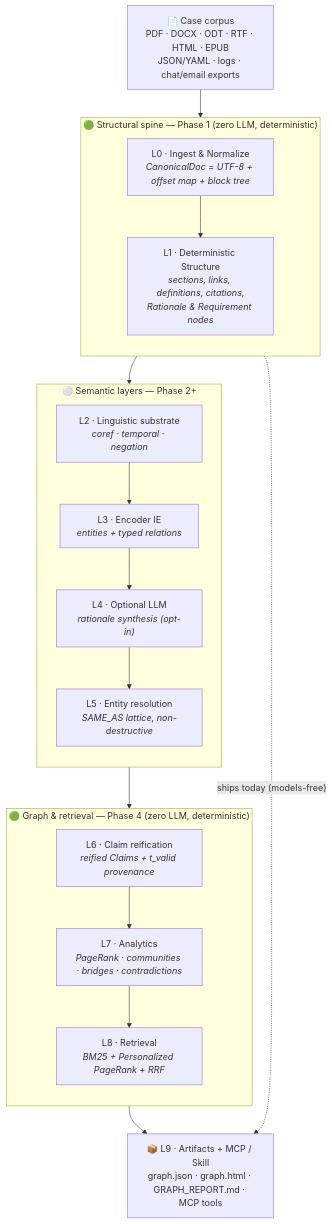
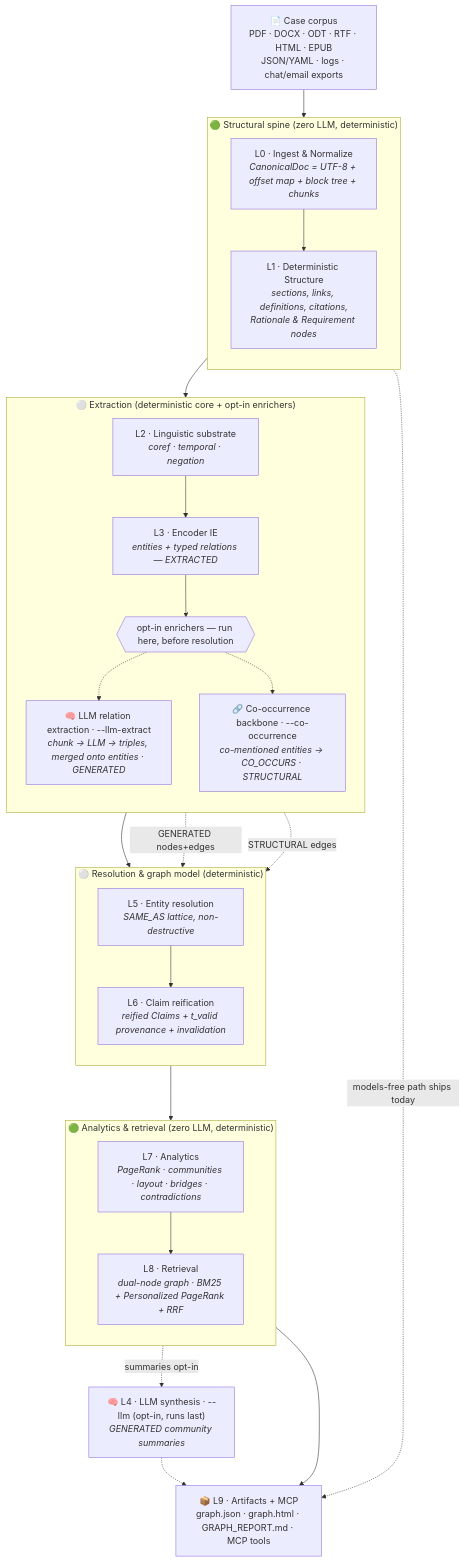
One commit to krishddd/Wiki_textgraph changed the first of 6 diagrams in README.md. Above: the diagram before and after it, drawn with Mermaid. The commit also changed other lines of this file and 5 other files, not shown here.

````diff
--- a/README.md
+++ b/README.md
@@ -176,36 +176,50 @@
 ```mermaid
 flowchart TD
     IN["📄 Case corpus<br/>PDF · DOCX · ODT · RTF · HTML · EPUB<br/>JSON/YAML · logs · chat/email exports"]
 
-    subgraph SPINE["🟢 Structural spine — Phase 1 (zero LLM, deterministic)"]
+    subgraph SPINE["🟢 Structural spine (zero LLM, deterministic)"]
         direction TB
-        L0["L0 · Ingest &amp; Normalize<br/><i>CanonicalDoc = UTF-8 + offset map + block tree</i>"]
+        L0["L0 · Ingest &amp; Normalize<br/><i>CanonicalDoc = UTF-8 + offset map + block tree + chunks</i>"]
         L1["L1 · Deterministic Structure<br/><i>sections, links, definitions, citations,<br/>Rationale &amp; Requirement nodes</i>"]
         L0 --> L1
     end
 
-    subgraph SEM["⚪ Semantic layers — Phase 2+"]
+    subgraph SEM["⚪ Extraction (deterministic core + opt-in enrichers)"]
         direction TB
         L2["L2 · Linguistic substrate<br/><i>coref · temporal · negation</i>"]
-        L3["L3 · Encoder IE<br/><i>entities + typed relations</i>"]
-        L4["L4 · Optional LLM<br/><i>rationale synthesis (opt-in)</i>"]
-        L5["L5 · Entity resolution<br/><i>SAME_AS lattice, non-destructive</i>"]
-        L2 --> L3 --> L4 --> L5
+        L3["L3 · Encoder IE<br/><i>entities + typed relations — EXTRACTED</i>"]
+        XT{{"opt-in enrichers — run here, before resolution"}}
+        XLLM["🧠 LLM relation extraction · --llm-extract<br/><i>chunk → LLM → triples, merged onto entities · GENERATED</i>"]
+        XCO["🔗 Co-occurrence backbone · --co-occurrence<br/><i>co-mentioned entities → CO_OCCURS · STRUCTURAL</i>"]
+        L2 --> L3 --> XT
+        XT -.-> XLLM
+        XT -.-> XCO
     end
 
-    subgraph RETR["🟢 Graph &amp; retrieval — Phase 4 (zero LLM, deterministic)"]
+    subgraph GRAPH["⚪ Resolution &amp; graph model (deterministic)"]
         direction TB
-        L6["L6 · Claim reification<br/><i>reified Claims + t_valid provenance</i>"]
-        L7["L7 · Analytics<br/><i>PageRank · communities · bridges · contradictions</i>"]
-        L8["L8 · Retrieval<br/><i>BM25 + Personalized PageRank + RRF</i>"]
-        L6 --> L7 --> L8
+        L5["L5 · Entity resolution<br/><i>SAME_AS lattice, non-destructive</i>"]
+        L6["L6 · Claim reification<br/><i>reified Claims + t_valid provenance + invalidation</i>"]
     end
 
-    L9["📦 L9 · Artifacts + MCP / Skill<br/>graph.json · graph.html · GRAPH_REPORT.md · MCP tools"]
+    subgraph RETR["🟢 Analytics &amp; retrieval (zero LLM, deterministic)"]
+        direction TB
+        L7["L7 · Analytics<br/><i>PageRank · communities · layout · bridges · contradictions</i>"]
+        L8["L8 · Retrieval<br/><i>dual-node graph · BM25 + Personalized PageRank + RRF</i>"]
+        L7 --> L8
+    end
+
+    L4["🧠 L4 · LLM synthesis · --llm (opt-in, runs last)<br/><i>GENERATED community summaries</i>"]
+    L9["📦 L9 · Artifacts + MCP<br/>graph.json · graph.html · GRAPH_REPORT.md · MCP tools"]
 
     IN --> L0
     L1 --> L2
-    L5 --> L6
+    L3 --> L5
+    XLLM -.->|GENERATED nodes+edges| L5
+    XCO -.->|STRUCTURAL edges| L5
+    L5 --> L6 --> L7
+    L7 -.->|summaries opt-in| L4
+    L4 -.-> L9
     L8 --> L9
-    L1 -.->|"ships today (models-free)"| L9
+    L1 -.->|"models-free path ships today"| L9
 ```
````
